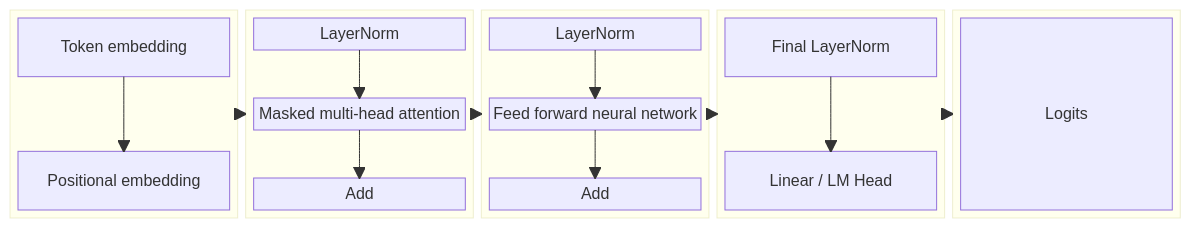
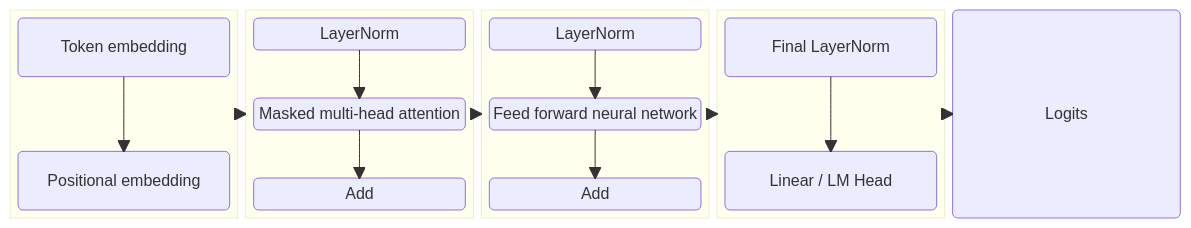
Before and after one commit to ChrisZhu2050/chriszhu2050.github.io: diagram 19 of 19 in index.md, drawn with Mermaid.

````diff
--- a/index.md
+++ b/index.md
@@ -532,44 +532,43 @@
       ```mermaid
           block
           columns 5
           block:group1:1
             columns 1
-            a["Token embedding"] space
-            b["Positional embedding"]
+            a("Token embedding") space
+            b("Positional embedding")
             
           end
           block:group2:1
             columns 1
-            c1["LayerNorm"] space
-            c2["Masked multi-head attention"] space
-            c3["Add"]
+            c1("LayerNorm") space
+            c2("Masked multi-head attention") space
+            c3("Add")
           end
           block:group3:1
             columns 1
-            d["LayerNorm"] space
-            e["Feed forward neural network"] space
-            h["Add"]
+            d("LayerNorm") space
+            e("Feed forward neural network") space
+            h("Add")
           end
           block:group4:1
             columns 1
-            f["Final LayerNorm"] space
-            g["Linear / LM Head"]
+            f("Final LayerNorm") space
+            g("Linear / LM Head")
 
           end
-          block:group5:1
-            columns 1
-            Logits
-          end
+          
+            z("Logits")
+          
           a --> b
           c1 --> c2
           c2 --> c3
           d --> e
           e --> h
           f --> g
 
           group1 --> group2
           group2 --> group3
           group3 --> group4
-          group4 --> group5
+          group4 --> z
 
       ```
````
